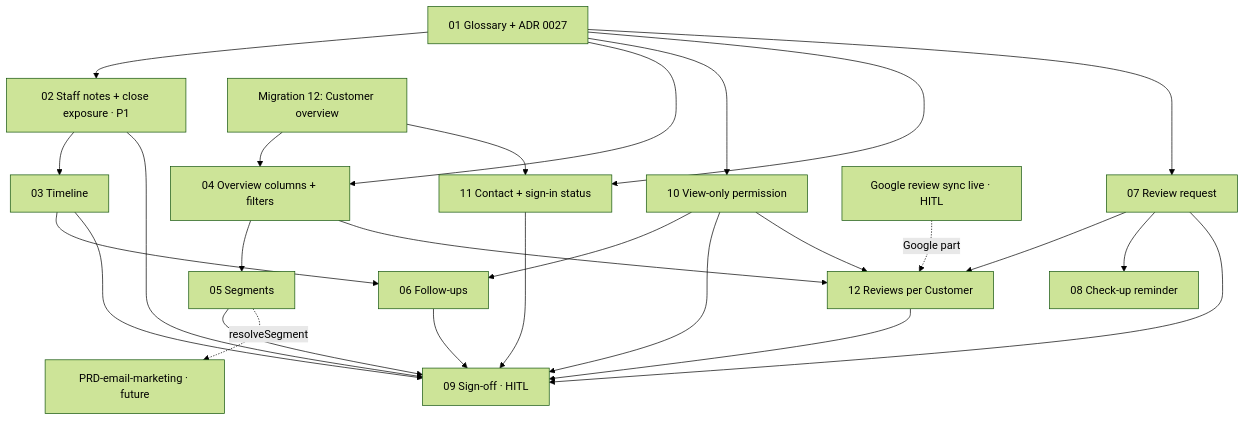
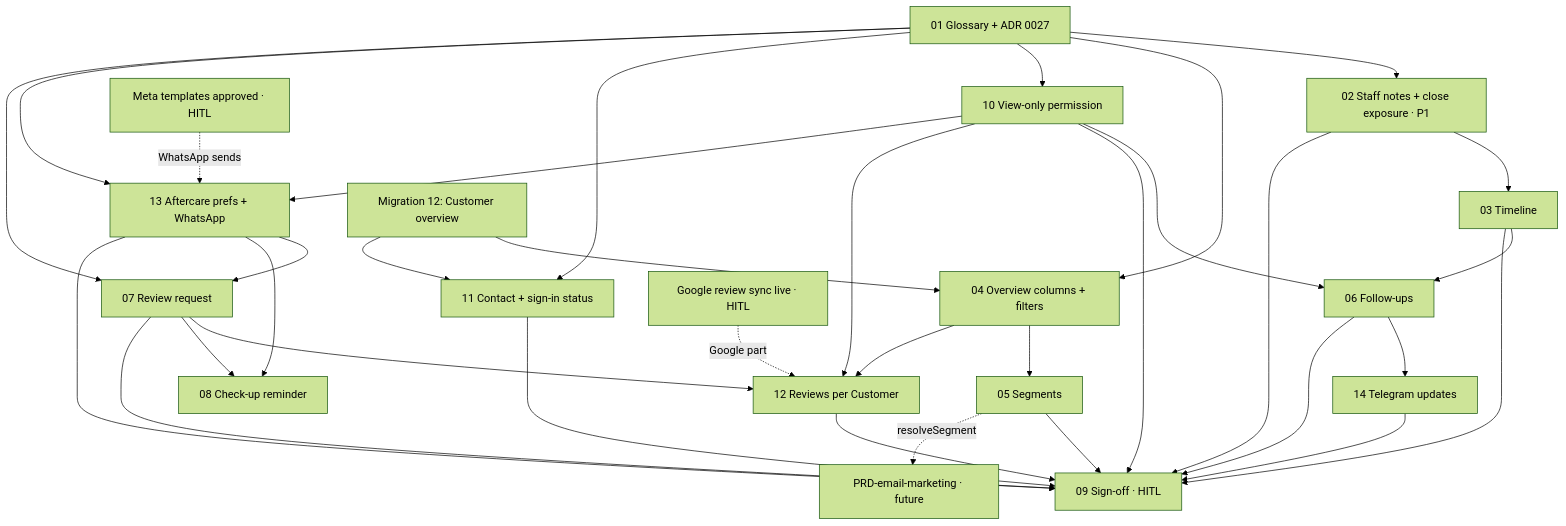
One commit to ivanyeors/mp changed the diagram in .claude/PRD-customer-crm/issues/README.md. Above: the diagram before and after it, drawn with Mermaid (forest theme). The commit also changed other lines of this file and 18 other files, not shown here.

First line of the commit message:
PRD CRM: aftercare by email and WhatsApp, manual switch, Telegram updates

````diff
--- a/.claude/PRD-customer-crm/issues/README.md
+++ b/.claude/PRD-customer-crm/issues/README.md
@@ -32,44 +34,55 @@
 ```mermaid
 graph TD
   s01[01 Glossary + ADR 0027]
   s02[02 Staff notes + close exposure · P1]
   s03[03 Timeline]
   s04[04 Overview columns + filters]
   s05[05 Segments]
   s06[06 Follow-ups]
   s07[07 Review request]
   s08[08 Check-up reminder]
   s09[09 Sign-off · HITL]
   s10[10 View-only permission]
   s11[11 Contact + sign-in status]
   s12[12 Reviews per Customer]
   gr[Google review sync live · HITL]
+  s13[13 Aftercare prefs + WhatsApp]
+  s14[14 Telegram updates]
+  meta[Meta templates approved · HITL]
   m12[Migration 12: Customer overview]
   em[PRD-email-marketing · future]
 
   s01 --> s02
   s02 --> s03
   s01 --> s04
   m12 --> s04
   s04 --> s05
   s03 --> s06
   s01 --> s10
   s10 --> s06
   s01 --> s11
   m12 --> s11
   s10 --> s09
   s11 --> s09
   s04 --> s12
   s07 --> s12
   s10 --> s12
   gr -. Google part .-> s12
   s12 --> s09
+  s01 --> s13
+  s10 --> s13
+  s13 --> s07
+  s13 --> s08
+  meta -. WhatsApp sends .-> s13
+  s06 --> s14
+  s13 --> s09
+  s14 --> s09
   s01 --> s07
   s07 --> s08
   s02 --> s09
   s03 --> s09
   s05 --> s09
   s06 --> s09
   s07 --> s09
   s05 -. resolveSegment .-> em
 ```
````
